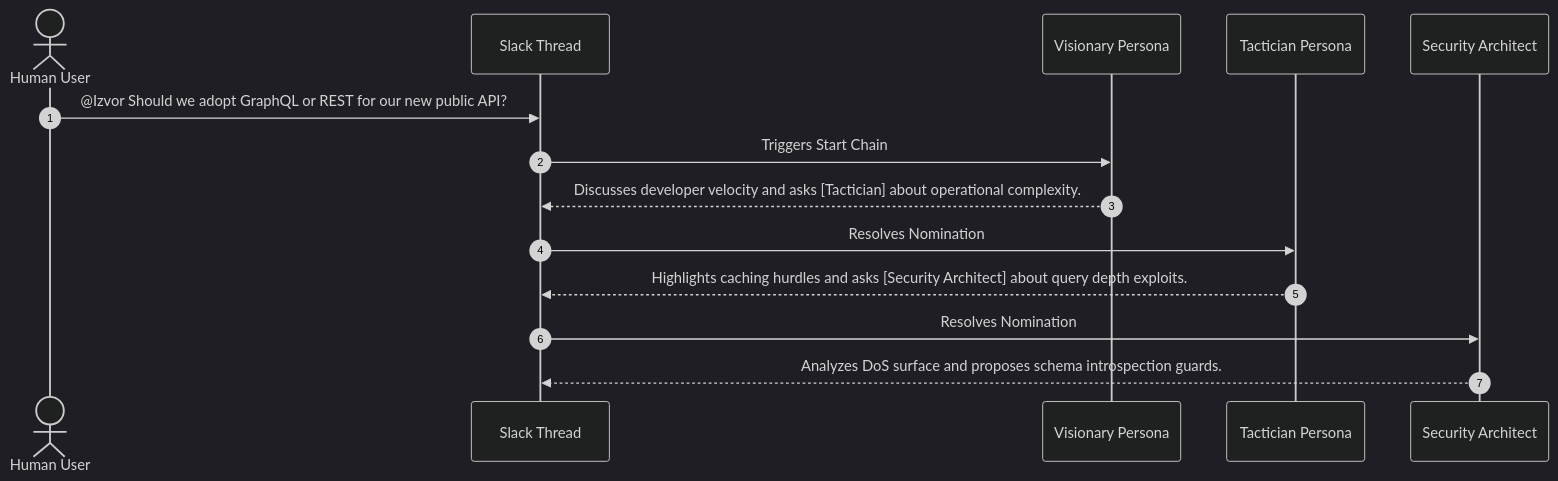
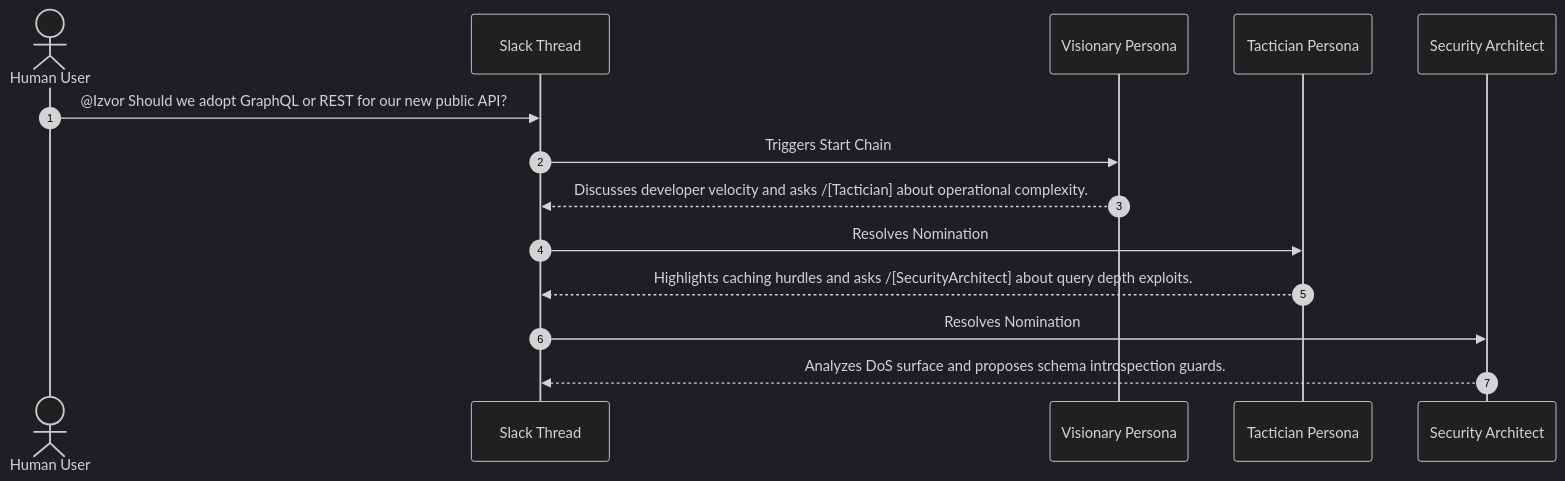
One commit to BranMik/Izvor changed the diagram in docs/user-guide/interacting-in-slack.md. Above: the diagram before and after it, drawn with Mermaid (dark theme). The commit also changed other lines of this file and 28 other files, not shown here.

Commit message:
refactor(core): resolve prepublish 11 incomplete refactorings, schema drift and cleanliness I-02 through I-11, C-03 through C-08

````diff
--- a/docs/user-guide/interacting-in-slack.md
+++ b/docs/user-guide/interacting-in-slack.md
@@ -42,17 +42,17 @@
 ```mermaid
 sequenceDiagram
     autonumber
     actor User as Human User
     participant Slack as Slack Thread
     participant Visionary as Visionary Persona
     participant Tactician as Tactician Persona
     participant Security as Security Architect
 
     User->>Slack: @Izvor Should we adopt GraphQL or REST for our new public API?
     Slack->>Visionary: Triggers Start Chain
-    Visionary-->>Slack: Discusses developer velocity and asks [Tactician] about operational complexity.
+    Visionary-->>Slack: Discusses developer velocity and asks /[Tactician] about operational complexity.
     Slack->>Tactician: Resolves Nomination
-    Tactician-->>Slack: Highlights caching hurdles and asks [Security Architect] about query depth exploits.
+    Tactician-->>Slack: Highlights caching hurdles and asks /[SecurityArchitect] about query depth exploits.
     Slack->>Security: Resolves Nomination
     Security-->>Slack: Analyzes DoS surface and proposes schema introspection guards.
 ```
````
